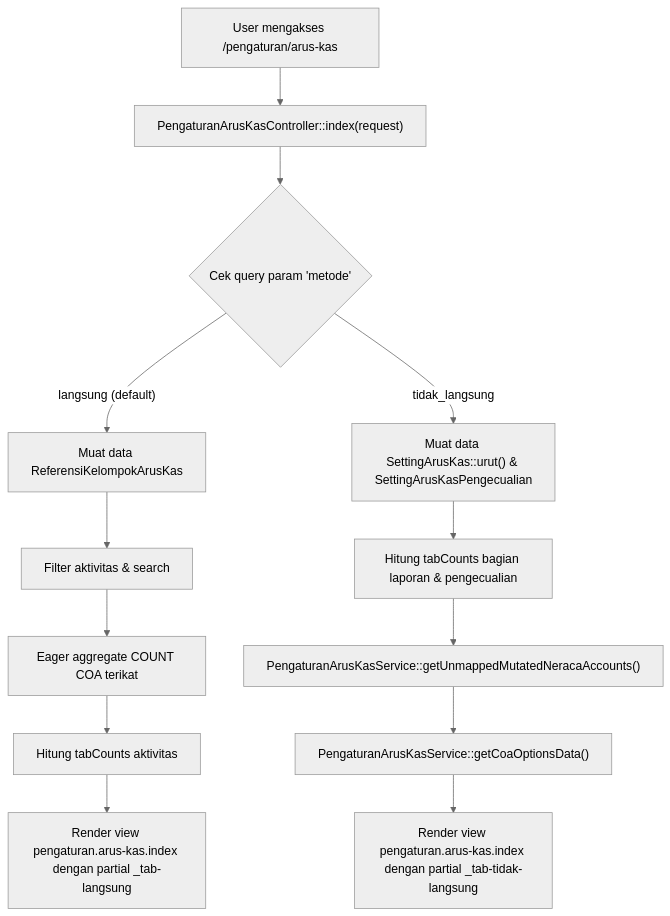
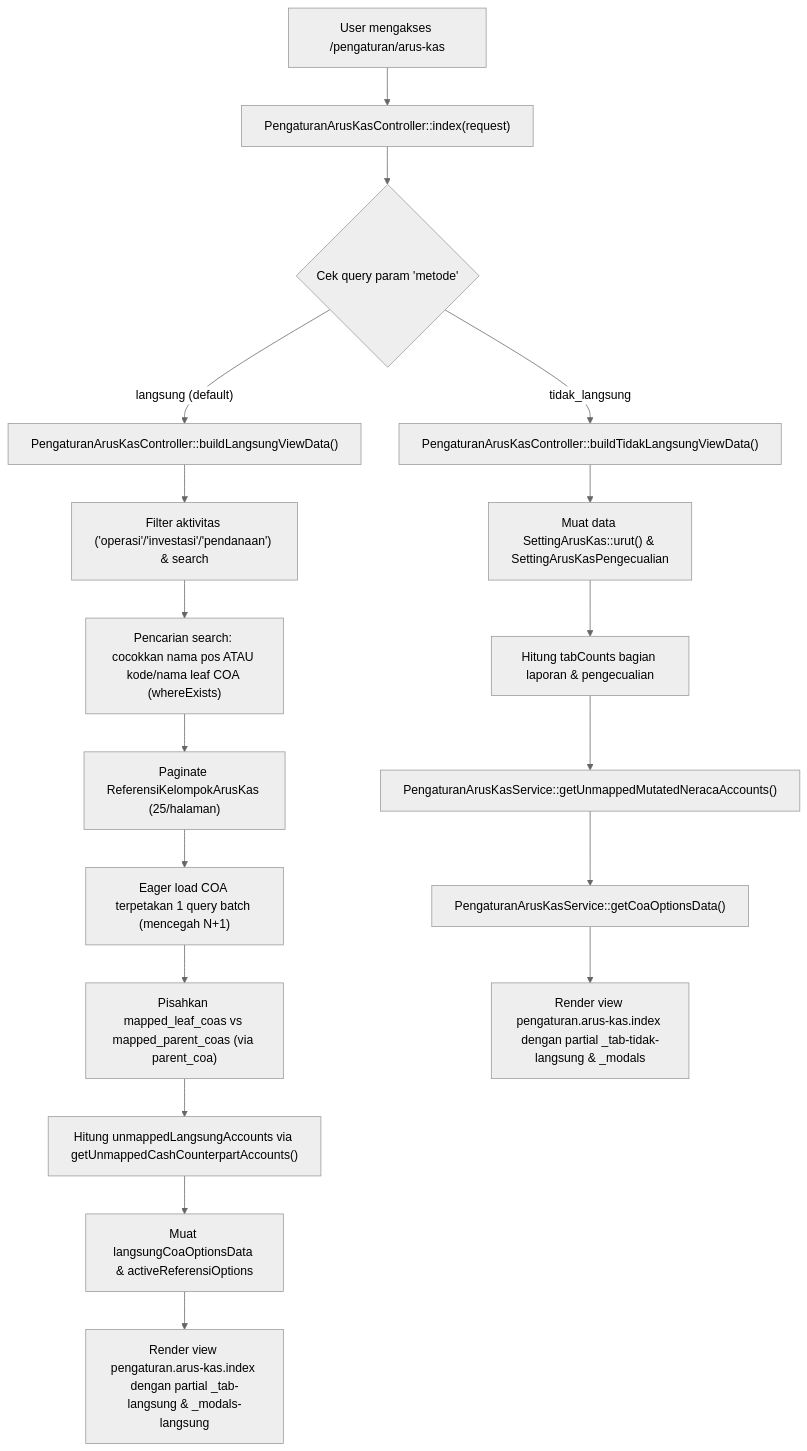
The first of 10 diagrams in dokumentasi/pengaturan-arus-kas.md (AltamaSidoarjo/laravel-siakurat-pt-smt), drawn with Mermaid (neutral theme) before and after one commit. The commit also changed other lines of this file and 1 other file, not shown here.

Commit message:
docs(arus-kas): document Stage 2 direct COA mapping and cash counterpart scanner

````diff
--- a/dokumentasi/pengaturan-arus-kas.md
+++ b/dokumentasi/pengaturan-arus-kas.md
@@ -117,15 +149,20 @@
 ```mermaid
 flowchart TD
     A["User mengakses /pengaturan/arus-kas"] --> B["PengaturanArusKasController::index(request)"]
     B --> C{"Cek query param 'metode'"}
-    C -- "langsung (default)" --> D["Muat data ReferensiKelompokArusKas"]
-    D --> E["Filter aktivitas & search"]
-    E --> F["Eager aggregate COUNT COA terikat"]
-    F --> G["Hitung tabCounts aktivitas"]
-    C -- "tidak_langsung" --> H["Muat data SettingArusKas::urut() & SettingArusKasPengecualian"]
-    H --> I["Hitung tabCounts bagian laporan & pengecualian"]
-    I --> J["PengaturanArusKasService::getUnmappedMutatedNeracaAccounts()"]
-    J --> K["PengaturanArusKasService::getCoaOptionsData()"]
-    G --> L["Render view pengaturan.arus-kas.index dengan partial _tab-langsung"]
-    K --> M["Render view pengaturan.arus-kas.index dengan partial _tab-tidak-langsung"]
+    C -- "langsung (default)" --> D["PengaturanArusKasController::buildLangsungViewData()"]
+    D --> E["Filter aktivitas ('operasi'/'investasi'/'pendanaan') & search"]
+    E --> F["Pencarian search: cocokkan nama pos ATAU kode/nama leaf COA (whereExists)"]
+    F --> G["Paginate ReferensiKelompokArusKas (25/halaman)"]
+    G --> H["Eager load COA terpetakan 1 query batch (mencegah N+1)"]
+    H --> I["Pisahkan mapped_leaf_coas vs mapped_parent_coas (via parent_coa)"]
+    I --> J["Hitung unmappedLangsungAccounts via getUnmappedCashCounterpartAccounts()"]
+    J --> K["Muat langsungCoaOptionsData & activeReferensiOptions"]
+    C -- "tidak_langsung" --> L["PengaturanArusKasController::buildTidakLangsungViewData()"]
+    L --> M["Muat data SettingArusKas::urut() & SettingArusKasPengecualian"]
+    M --> N["Hitung tabCounts bagian laporan & pengecualian"]
+    N --> O["PengaturanArusKasService::getUnmappedMutatedNeracaAccounts()"]
+    O --> P["PengaturanArusKasService::getCoaOptionsData()"]
+    K --> Q["Render view pengaturan.arus-kas.index dengan partial _tab-langsung & _modals-langsung"]
+    P --> R["Render view pengaturan.arus-kas.index dengan partial _tab-tidak-langsung & _modals"]
 ```
````
